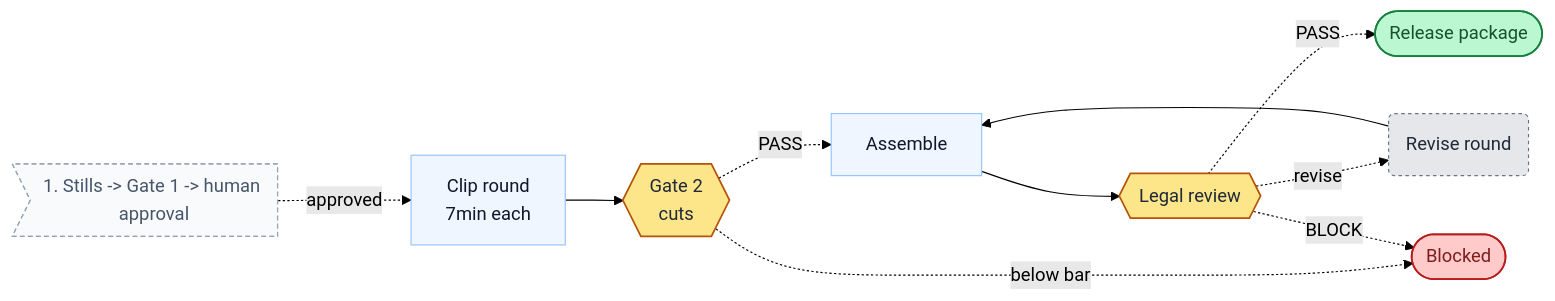
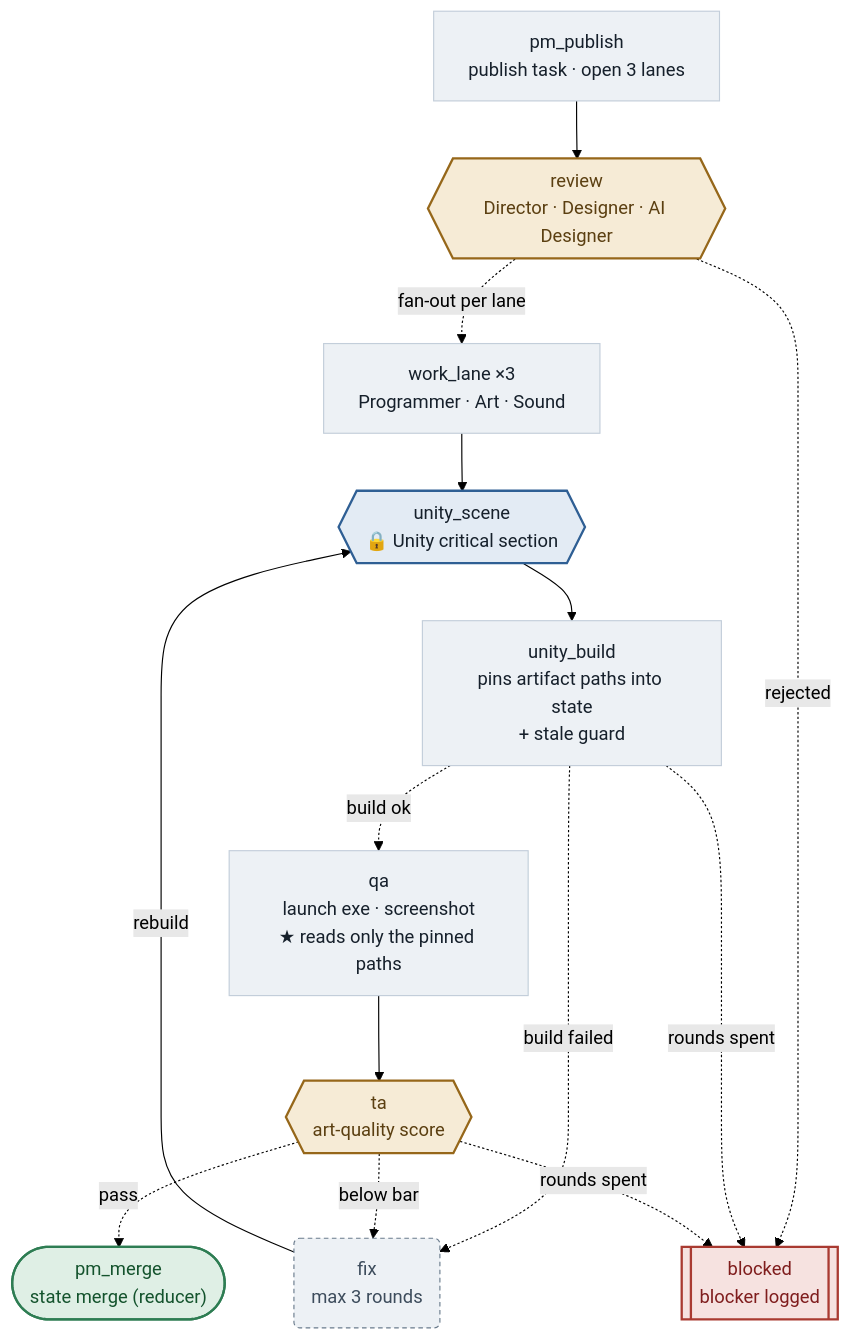
Before and after one commit to MelonS/MelonS-Agents: the second of 3 diagrams in README.md, drawn with Mermaid (forest theme). The commit also changed other lines of this file and 5 other files, not shown here.

First line of the commit message:
docs(readme): 구조도를 정보량 있는 세로형으로 재작성 + 실측 비용표 + 최신 쇼츠 GIF

````diff
--- a/README.md
+++ b/README.md
@@ -113,35 +145,41 @@
 ```mermaid
-flowchart LR
-  render_clip["Clip round<br/>7min each"]
-  clip_gate{{"Gate 2<br/>cuts"}}
-  assemble["Assemble"]
-  legal{{"Legal review"}}
-  bump_legal("Revise round")
-  release(["Release package"])
-  blocked(["Blocked"])
-  view0>"1. Stills -> Gate 1 -> human approval"]
+flowchart TD
+  pm_publish["pm_publish<br/>publish task · open 3 lanes"]
+  review{{"review<br/>Director · Designer · AI Designer"}}
+  work_lane["work_lane ×3<br/>Programmer · Art · Sound"]
+  unity_scene{{"unity_scene<br/>🔒 Unity critical section"}}
+  unity_build["unity_build<br/>pins artifact paths into state<br/>+ stale guard"]
+  qa["qa<br/>launch exe · screenshot<br/>★ reads only the pinned paths"]
+  ta{{"ta<br/>art-quality score"}}
+  fix("fix<br/>max 3 rounds")
+  pm_merge(["pm_merge<br/>state merge (reducer)"])
+  blocked[["blocked<br/>blocker logged"]]
 
-  render_clip --> clip_gate
-  clip_gate -. PASS .-> assemble
-  clip_gate -. below bar .-> blocked
-  assemble --> legal
-  legal -. revise .-> bump_legal
-  legal -. PASS .-> release
-  legal -. BLOCK .-> blocked
-  bump_legal --> assemble
-  view0 -. approved .-> render_clip
+  pm_publish --> review
+  review -. "fan-out per lane" .-> work_lane
+  review -. "rejected" .-> blocked
+  work_lane --> unity_scene
+  unity_scene --> unity_build
+  unity_build -. "build ok" .-> qa
+  unity_build -. "build failed" .-> fix
+  unity_build -. "rounds spent" .-> blocked
+  qa --> ta
+  ta -. "below bar" .-> fix
+  ta -. "pass" .-> pm_merge
+  ta -. "rounds spent" .-> blocked
+  fix -- "rebuild" --> unity_scene
 
-  classDef step fill:#eff6ff,stroke:#93c5fd,stroke-width:1px,color:#0f172a
-  classDef gate fill:#fde68a,stroke:#b45309,stroke-width:1.5px,color:#1f2937
-  classDef human fill:#ddd6fe,stroke:#6d28d9,stroke-width:1.5px,color:#1f2937
-  classDef retry fill:#e5e7eb,stroke:#6b7280,stroke-dasharray:3 3,color:#1f2937
-  classDef done fill:#bbf7d0,stroke:#15803d,stroke-width:1.5px,color:#14532d
-  classDef stop fill:#fecaca,stroke:#b91c1c,stroke-width:1.5px,color:#7f1d1d
-  class assemble,render_clip step
-  class clip_gate,legal gate
-  class bump_legal retry
-  class release done
+  classDef step fill:#EDF1F5,stroke:#C3CEDA,stroke-width:1px,color:#16202B
+  classDef gate fill:#F6EBD6,stroke:#96671A,stroke-width:2px,color:#5B3F11
+  classDef mutex fill:#E3EBF4,stroke:#2F5F94,stroke-width:2px,color:#16202B
+  classDef human fill:#E3EBF4,stroke:#2F5F94,stroke-width:2px,color:#16202B
+  classDef retry fill:#EDF1F5,stroke:#6B7C8D,stroke-width:1px,stroke-dasharray:4 3,color:#3D4C5C
+  classDef done fill:#DFEFE5,stroke:#2E7D53,stroke-width:2px,color:#14532D
+  classDef stop fill:#F6E2E0,stroke:#A93A31,stroke-width:2px,color:#7F1D1D
+  class pm_publish,qa,unity_build,work_lane step
+  class review,ta gate
+  class unity_scene mutex
+  class fix retry
+  class pm_merge done
   class blocked stop
-  classDef stub fill:#f8fafc,stroke:#94a3b8,stroke-dasharray:4 3,color:#475569
-  class view0 stub
 ```
````
